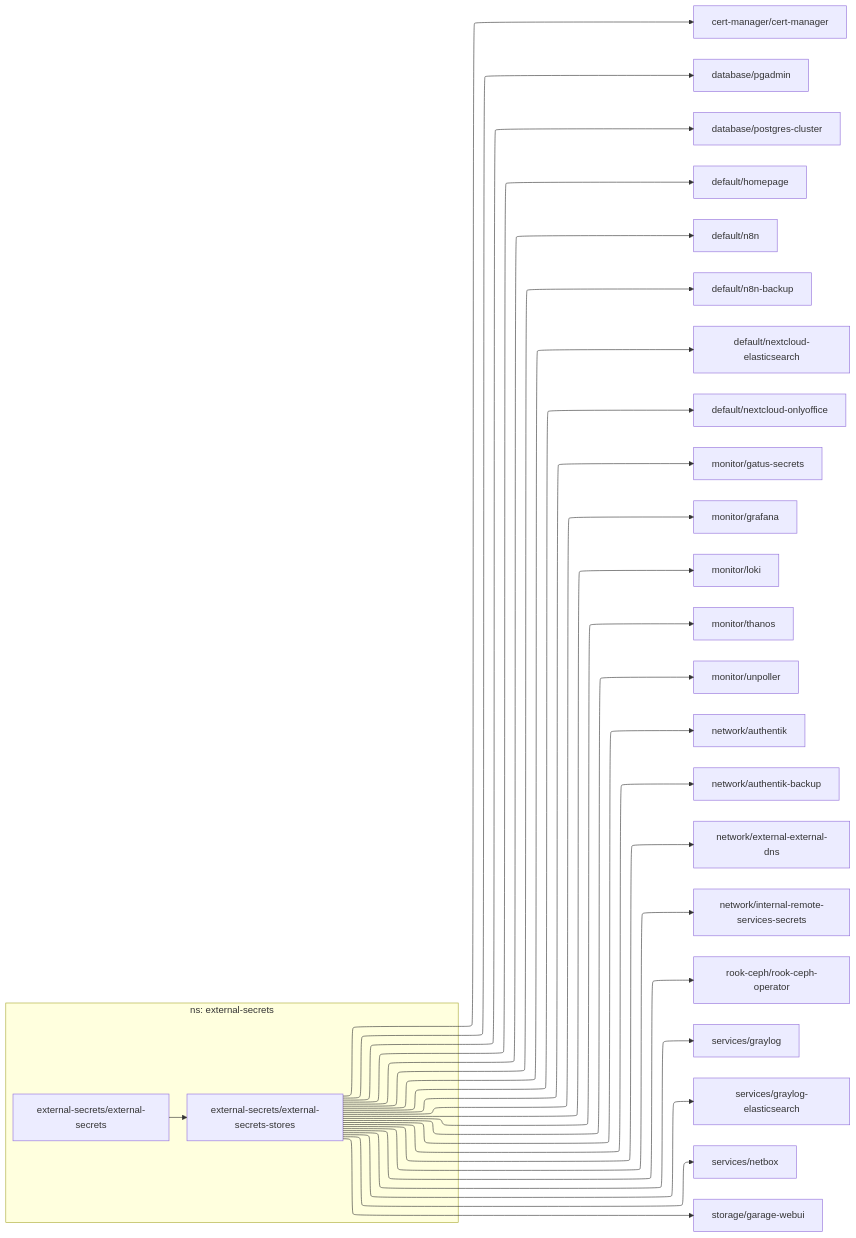
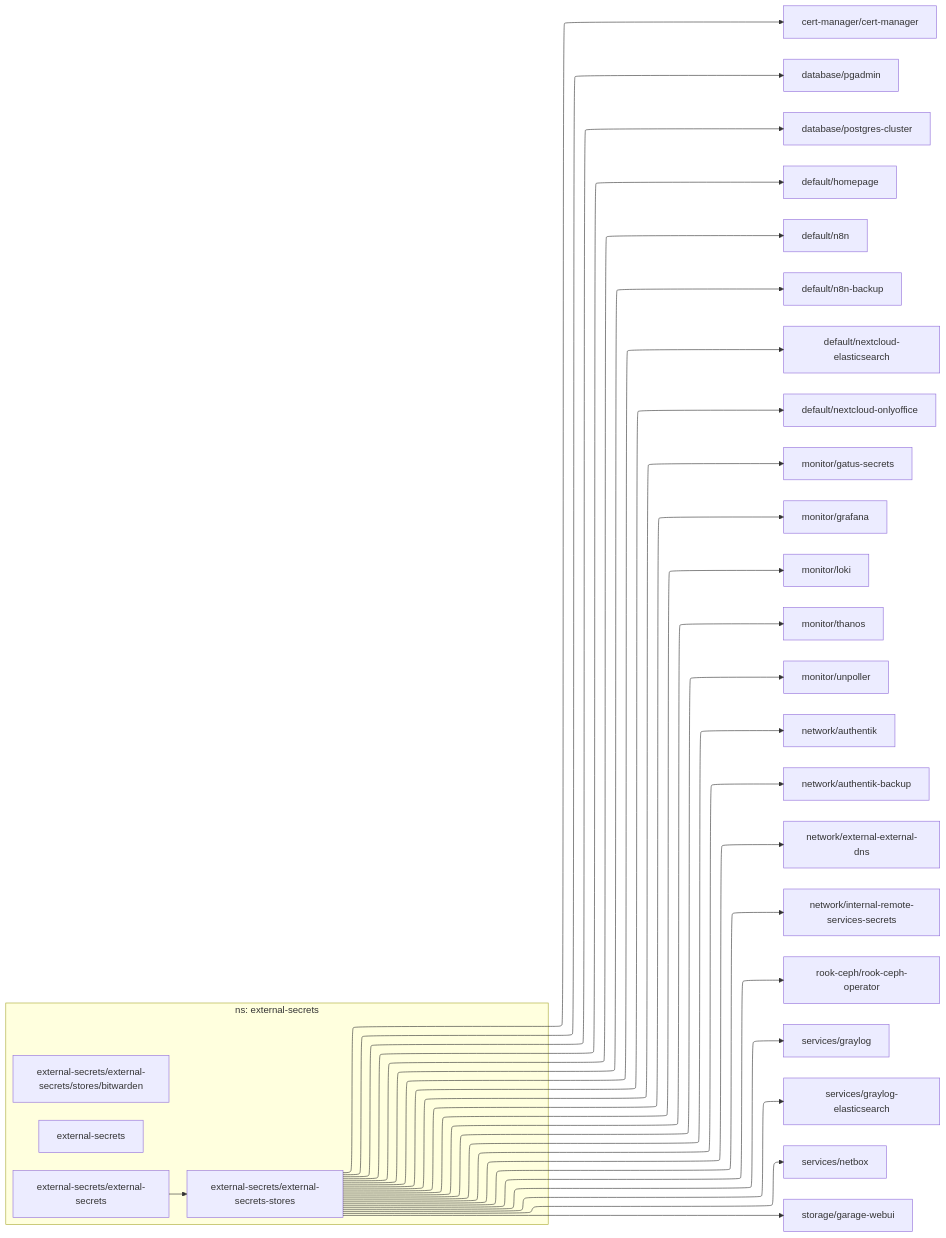
One commit to roblandry/home-ops changed the diagram in dependencies/DEPENDENCIES-external-secrets.md. Above: the diagram before and after it, drawn with Mermaid. The commit also changed 23 other files, not shown here.

````diff
--- a/dependencies/DEPENDENCIES-external-secrets.md
+++ b/dependencies/DEPENDENCIES-external-secrets.md
@@ -1,33 +1,36 @@
 ```mermaid
 ---
 config:
   layout: elk
 ---
 flowchart LR
 
   subgraph "ns: external-secrets"
+    external-secrets
+    external-secrets/external-secrets
+    external-secrets/external-secrets/stores/bitwarden
     external-secrets/external-secrets --> external-secrets/external-secrets-stores
   end
   external-secrets/external-secrets-stores --> cert-manager/cert-manager
   external-secrets/external-secrets-stores --> database/pgadmin
   external-secrets/external-secrets-stores --> database/postgres-cluster
   external-secrets/external-secrets-stores --> default/homepage
   external-secrets/external-secrets-stores --> default/n8n
   external-secrets/external-secrets-stores --> default/n8n-backup
   external-secrets/external-secrets-stores --> default/nextcloud-elasticsearch
   external-secrets/external-secrets-stores --> default/nextcloud-onlyoffice
   external-secrets/external-secrets-stores --> monitor/gatus-secrets
   external-secrets/external-secrets-stores --> monitor/grafana
   external-secrets/external-secrets-stores --> monitor/loki
   external-secrets/external-secrets-stores --> monitor/thanos
   external-secrets/external-secrets-stores --> monitor/unpoller
   external-secrets/external-secrets-stores --> network/authentik
   external-secrets/external-secrets-stores --> network/authentik-backup
   external-secrets/external-secrets-stores --> network/external-external-dns
   external-secrets/external-secrets-stores --> network/internal-remote-services-secrets
   external-secrets/external-secrets-stores --> rook-ceph/rook-ceph-operator
   external-secrets/external-secrets-stores --> services/graylog
   external-secrets/external-secrets-stores --> services/graylog-elasticsearch
   external-secrets/external-secrets-stores --> services/netbox
   external-secrets/external-secrets-stores --> storage/garage-webui
 ```
````
